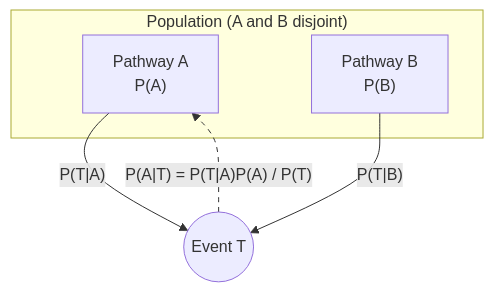
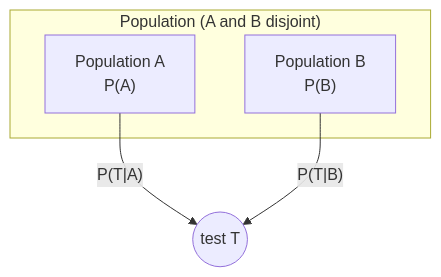
Before and after one commit to FrancisGanong-N/sceptical_llms: the first of 2 diagrams in README.md, drawn with Mermaid. The commit also changed other lines of this file, not shown here.

Commit message:
test figure some more

````diff
--- a/README.md
+++ b/README.md
@@ -18,14 +11,12 @@
 ```mermaid
+%%{init: {"flowchart": {"htmlLabels": true}} }%%
 flowchart TB
-  subgraph pop["Population (A and B disjoint)"]
-    A["Pathway A<br/>P(A)"]
-    B["Pathway B<br/>P(B)"]
+  subgraph pop["<span style='white-space:nowrap'>Population (A and B disjoint)</span>"]
+    A["Population A<br/>P(A)"]
+    B["Population B<br/>P(B)"]
   end
-  T(("Event T"))
+  T(("test T"))
 
   A -->|"P(T|A)"| T
   B -->|"P(T|B)"| T
-  T -.->|"P(A|T) = P(T|A)P(A) / P(T)"| A
-
-  linkStyle 2 stroke-dasharray: 5 5
 ```
````
